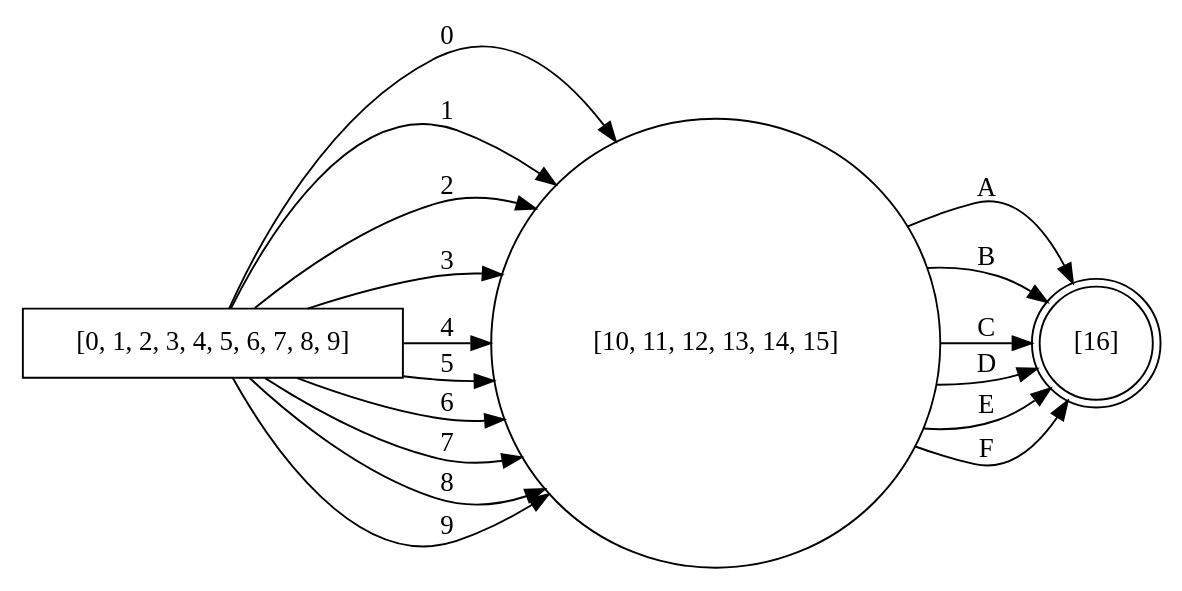
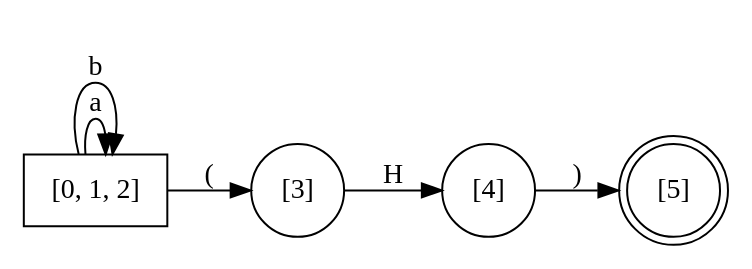
Before and after one commit to AngryR4v3n/LenguajesPR2: the diagram in dfa_subset.gv, drawn with Graphviz. The commit also changed 6 other files, not shown here.

```diff
--- a/dfa_subset.gv
+++ b/dfa_subset.gv
@@ -1,24 +1,13 @@
 digraph finite_state_machine {
 	rankdir=LR size="8,5"
 	node [shape=rectangular]
-	"[0, 1, 2, 3, 4, 5, 6, 7, 8, 9]"
+	"[0, 1, 2]"
 	node [shape=doublecircle]
-	"[16]"
+	"[5]"
 	node [shape=circle]
-	"[0, 1, 2, 3, 4, 5, 6, 7, 8, 9]" -> "[10, 11, 12, 13, 14, 15]" [label=0]
-	"[0, 1, 2, 3, 4, 5, 6, 7, 8, 9]" -> "[10, 11, 12, 13, 14, 15]" [label=1]
-	"[0, 1, 2, 3, 4, 5, 6, 7, 8, 9]" -> "[10, 11, 12, 13, 14, 15]" [label=2]
-	"[0, 1, 2, 3, 4, 5, 6, 7, 8, 9]" -> "[10, 11, 12, 13, 14, 15]" [label=3]
-	"[0, 1, 2, 3, 4, 5, 6, 7, 8, 9]" -> "[10, 11, 12, 13, 14, 15]" [label=4]
-	"[0, 1, 2, 3, 4, 5, 6, 7, 8, 9]" -> "[10, 11, 12, 13, 14, 15]" [label=5]
-	"[0, 1, 2, 3, 4, 5, 6, 7, 8, 9]" -> "[10, 11, 12, 13, 14, 15]" [label=6]
-	"[0, 1, 2, 3, 4, 5, 6, 7, 8, 9]" -> "[10, 11, 12, 13, 14, 15]" [label=7]
-	"[0, 1, 2, 3, 4, 5, 6, 7, 8, 9]" -> "[10, 11, 12, 13, 14, 15]" [label=8]
-	"[0, 1, 2, 3, 4, 5, 6, 7, 8, 9]" -> "[10, 11, 12, 13, 14, 15]" [label=9]
-	"[10, 11, 12, 13, 14, 15]" -> "[16]" [label=A]
-	"[10, 11, 12, 13, 14, 15]" -> "[16]" [label=B]
-	"[10, 11, 12, 13, 14, 15]" -> "[16]" [label=C]
-	"[10, 11, 12, 13, 14, 15]" -> "[16]" [label=D]
-	"[10, 11, 12, 13, 14, 15]" -> "[16]" [label=E]
-	"[10, 11, 12, 13, 14, 15]" -> "[16]" [label=F]
+	"[0, 1, 2]" -> "[0, 1, 2]" [label=a]
+	"[0, 1, 2]" -> "[0, 1, 2]" [label=b]
+	"[0, 1, 2]" -> "[3]" [label="("]
+	"[3]" -> "[4]" [label=H]
+	"[4]" -> "[5]" [label=")"]
 }
```
